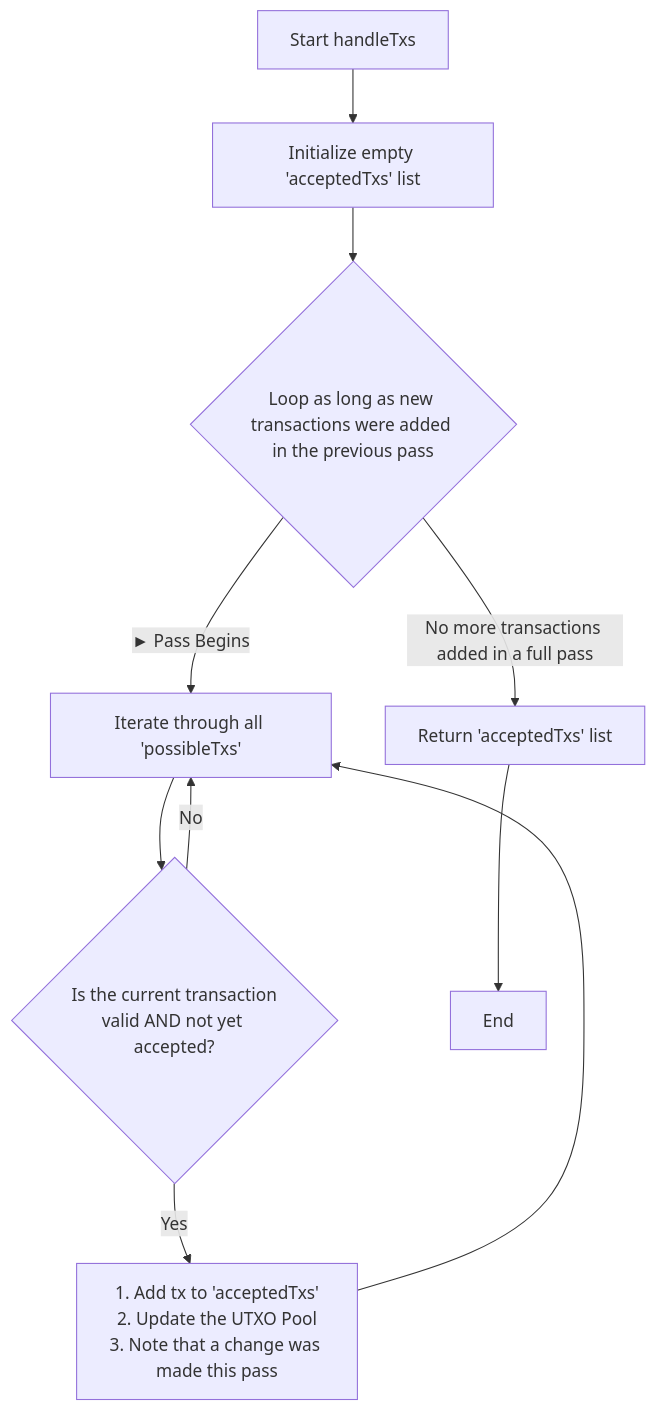
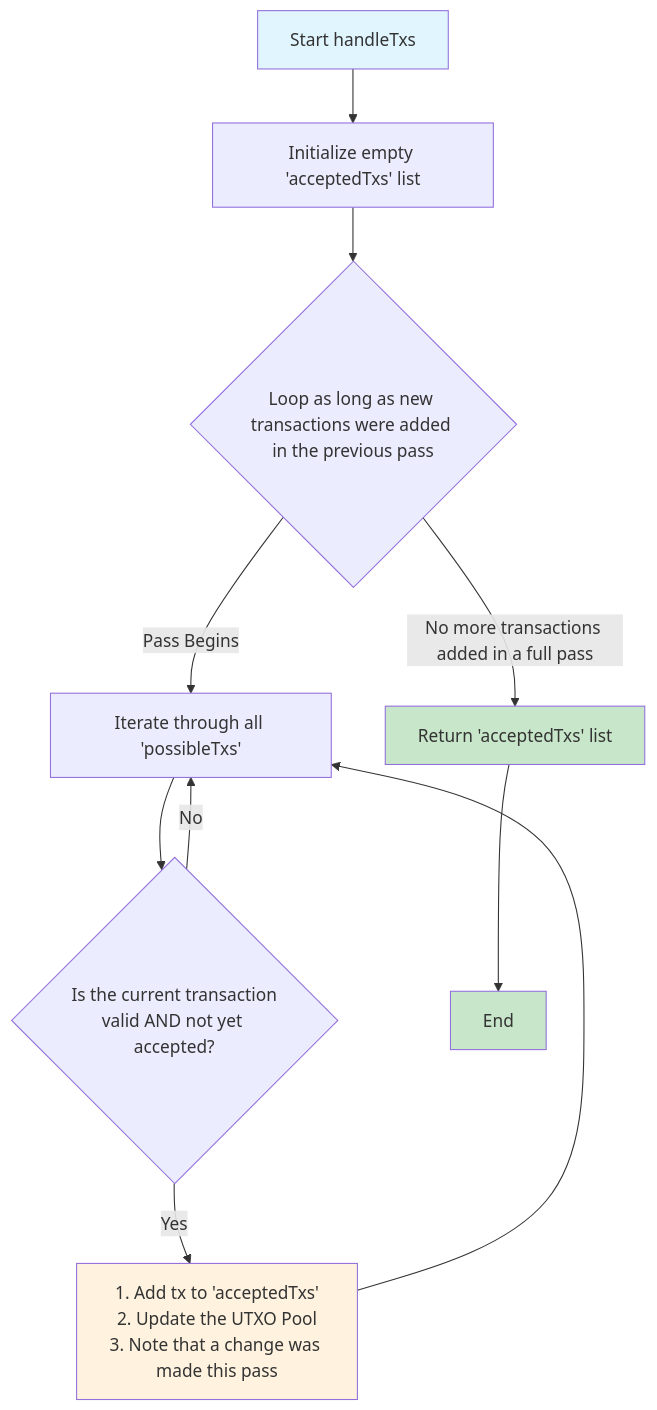
The diagram in README.md (JEET090806/Scrooge-Coin-with-Cpp), drawn with Mermaid before and after one commit. The commit also changed other lines of this file, not shown here.

````diff
--- a/README.md
+++ b/README.md
@@ -61,12 +78,17 @@
 ```mermaid
 graph TD
     A[Start handleTxs] --> B[Initialize empty 'acceptedTxs' list];
     B --> C{Loop as long as new transactions were added in the previous pass};
-    C --► Pass Begins --> D[Iterate through all 'possibleTxs'];
+    C -->|Pass Begins| D[Iterate through all 'possibleTxs'];
     D --> E{Is the current transaction<br>valid AND not yet accepted?};
-    E -- Yes --> F[1. Add tx to 'acceptedTxs'<br>2. Update the UTXO Pool<br>3. Note that a change was made this pass];
+    E -->|Yes| F[1. Add tx to 'acceptedTxs'<br>2. Update the UTXO Pool<br>3. Note that a change was made this pass];
     F --> D;
-    E -- No --> D;
-    C -- No more transactions added in a full pass --> G[Return 'acceptedTxs' list];
+    E -->|No| D;
+    C -->|No more transactions added in a full pass| G[Return 'acceptedTxs' list];
     G --> H[End];
+    
+    style A fill:#e1f5fe
+    style G fill:#c8e6c9
+    style H fill:#c8e6c9
+    style F fill:#fff3e0
 ```
````
